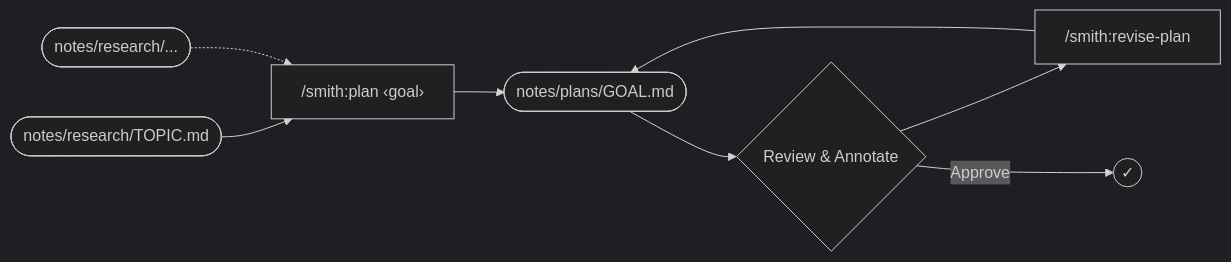
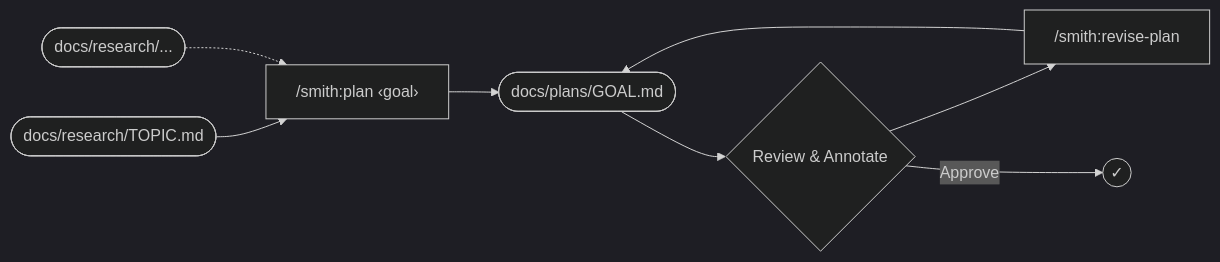
One commit to brettbuddin/claude-plugins changed the second of 4 diagrams in smith/README.md. Above: the diagram before and after it, drawn with Mermaid (dark theme). The commit also changed other lines of this file and 14 other files, not shown here.

````diff
--- a/smith/README.md
+++ b/smith/README.md
@@ -42,9 +42,9 @@
 ```mermaid
 flowchart LR
-    R1(["notes/research/TOPIC.md"]) --> P["/smith:plan ‹goal›"]
-    R2(["notes/research/..."]) -.-> P
-    P --> PD(["notes/plans/GOAL.md"])
+    R1(["docs/research/TOPIC.md"]) --> P["/smith:plan ‹goal›"]
+    R2(["docs/research/..."]) -.-> P
+    P --> PD(["docs/plans/GOAL.md"])
     PD --> PR{"Review & Annotate"}
     PR --> PV["/smith:revise-plan"] --> PD
     PR -->|Approve| Done((✓))
 ```
````
